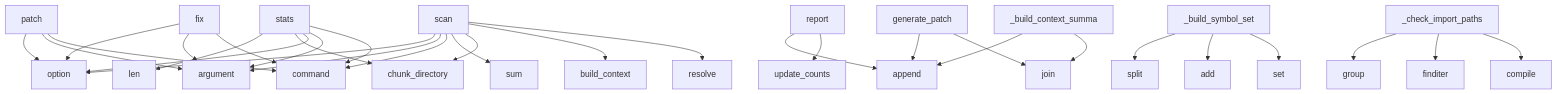
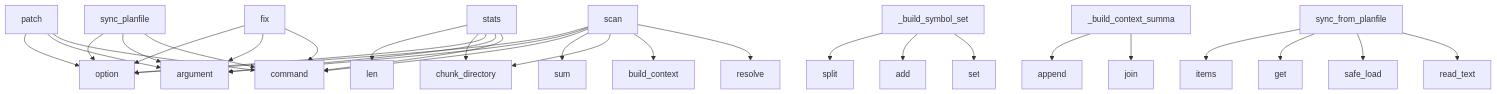
Before and after one commit to semcod/docval: the diagram in project/context.md, drawn with Mermaid. The commit also changed other lines of this file and 26 other files, not shown here.

````diff
--- a/project/context.md
+++ b/project/context.md
@@ -432,33 +488,33 @@
 ```mermaid
 graph TD
     fix --> command
     fix --> argument
     fix --> option
-    report --> update_counts
-    report --> append
+    sync_planfile --> command
+    sync_planfile --> argument
+    sync_planfile --> option
     scan --> resolve
     scan --> build_context
     scan --> chunk_directory
     scan --> sum
     stats --> command
     stats --> argument
     stats --> option
     stats --> chunk_directory
     stats --> len
     scan --> command
     scan --> argument
     scan --> option
     patch --> command
     patch --> argument
     patch --> option
     _build_symbol_set --> set
     _build_symbol_set --> add
     _build_symbol_set --> split
     _build_context_summa --> join
     _build_context_summa --> append
-    generate_patch --> join
-    generate_patch --> append
-    _check_import_paths --> compile
-    _check_import_paths --> finditer
-    _check_import_paths --> group
+    sync_from_planfile --> read_text
+    sync_from_planfile --> safe_load
+    sync_from_planfile --> get
+    sync_from_planfile --> items
 ```
````
